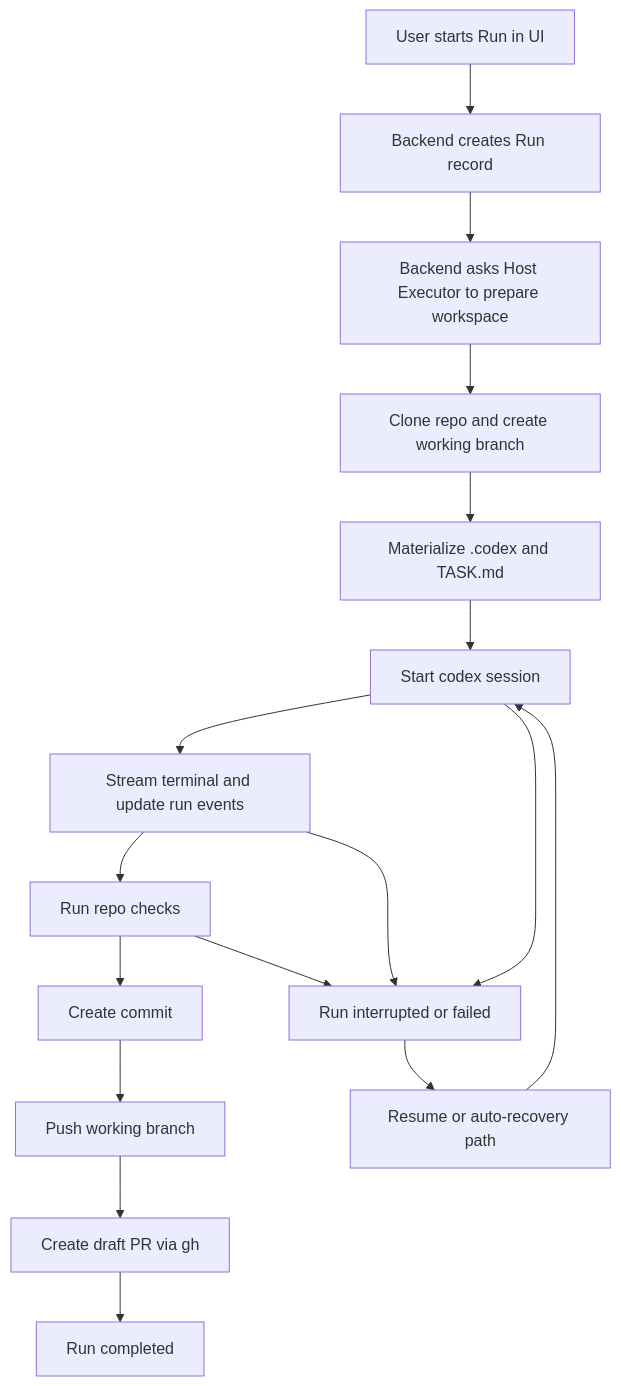
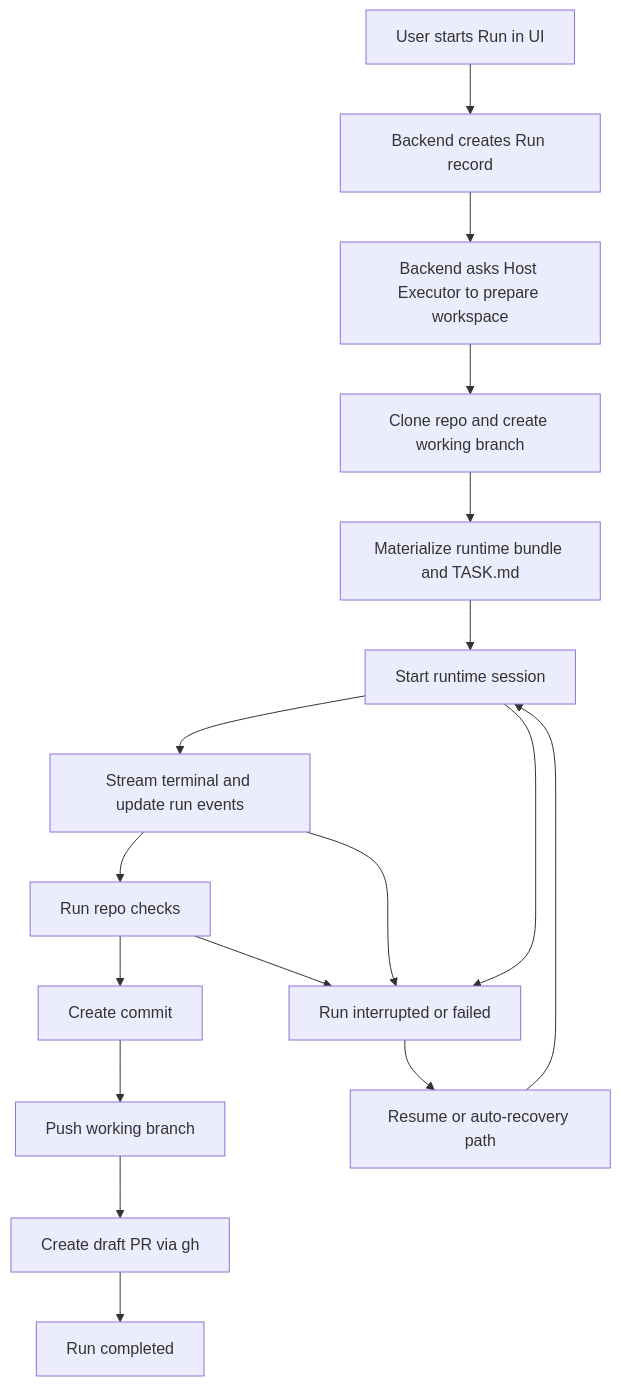
Before and after one commit to stemirkhan/team-agent-platform: the second of 2 diagrams in docs/architecture-overview.md, drawn with Mermaid. The commit also changed other lines of this file and 12 other files, not shown here.

````diff
--- a/docs/architecture-overview.md
+++ b/docs/architecture-overview.md
@@ -59,24 +64,24 @@
 ```mermaid
 flowchart TD
     A[User starts Run in UI]
     B[Backend creates Run record]
     C[Backend asks Host Executor to prepare workspace]
     D[Clone repo and create working branch]
-    E[Materialize .codex and TASK.md]
-    F[Start codex session]
+    E[Materialize runtime bundle and TASK.md]
+    F[Start runtime session]
     G[Stream terminal and update run events]
     H[Run repo checks]
     I[Create commit]
     J[Push working branch]
     K[Create draft PR via gh]
     L[Run completed]
 
     X[Run interrupted or failed]
     Y[Resume or auto-recovery path]
 
     A --> B --> C --> D --> E --> F --> G --> H --> I --> J --> K --> L
     F --> X
     G --> X
     H --> X
     X --> Y --> F
 ```
````
